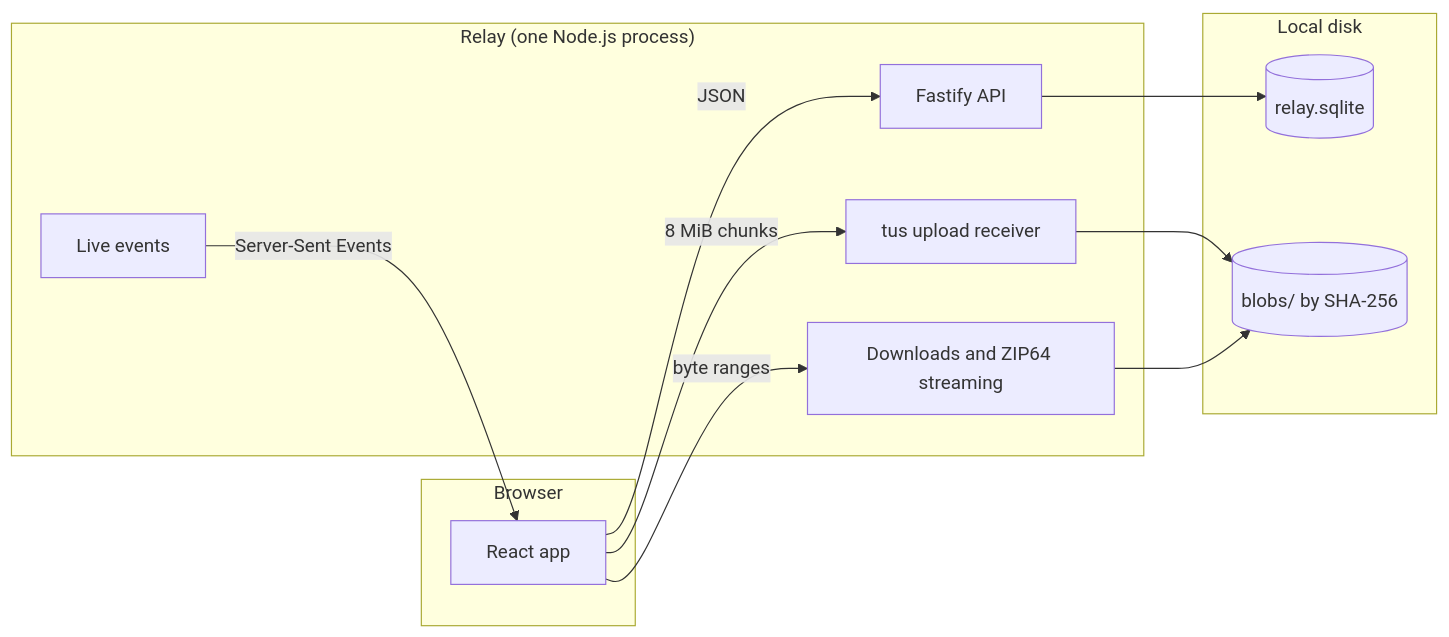
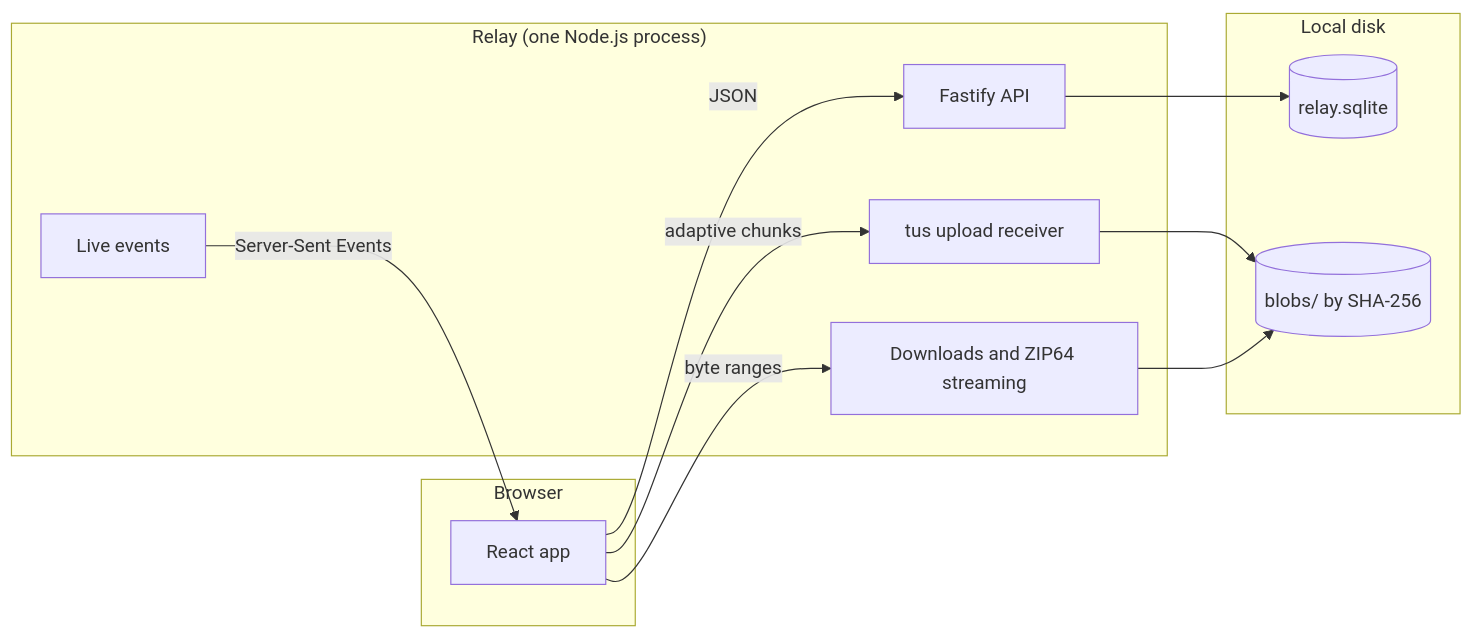
The diagram in docs/architecture.md (walriyami/Relay), drawn with Mermaid before and after one commit. The commit also changed other lines of this file and 17 other files, not shown here.

````diff
--- a/docs/architecture.md
+++ b/docs/architecture.md
@@ -8,23 +8,23 @@
 ```mermaid
 flowchart LR
   subgraph Browser
     UI[React app]
   end
   subgraph Relay["Relay (one Node.js process)"]
     API[Fastify API]
     TUS[tus upload receiver]
     DL[Downloads and ZIP64 streaming]
     SSE[Live events]
   end
   subgraph Disk["Local disk"]
     DB[(relay.sqlite)]
     BLOBS[(blobs/ by SHA-256)]
   end
   UI -- JSON --> API
-  UI -- 8 MiB chunks --> TUS
+  UI -- adaptive chunks --> TUS
   UI -- byte ranges --> DL
   SSE -- Server-Sent Events --> UI
   API --> DB
   TUS --> BLOBS
   DL --> BLOBS
 ```
````
